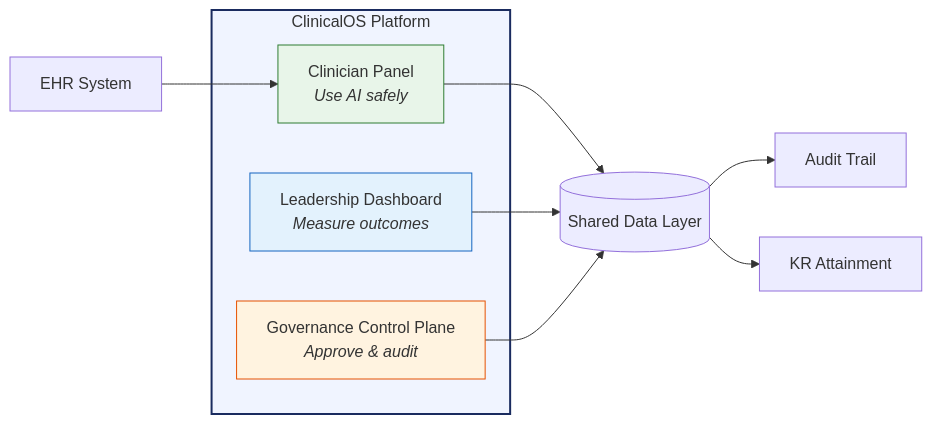
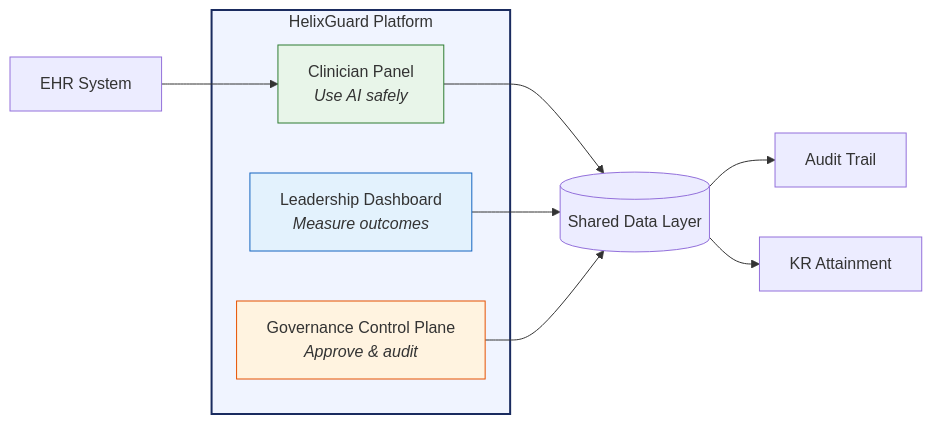
The first of 6 diagrams in README.md (john-carroll-sw/capstone-clinical-os), drawn with Mermaid before and after one commit. The commit also changed other lines of this file and 46 other files, not shown here.

First line of the commit message:
chore: rename project to HelixGuard

````diff
--- a/README.md
+++ b/README.md
@@ -58,20 +58,20 @@
 ```mermaid
 graph LR
-    subgraph ClinicalOS["ClinicalOS Platform"]
+    subgraph HelixGuard["HelixGuard Platform"]
         CP["Clinician Panel<br/><i>Use AI safely</i>"]
         LD["Leadership Dashboard<br/><i>Measure outcomes</i>"]
         GC["Governance Control Plane<br/><i>Approve & audit</i>"]
     end
 
     EHR["EHR System"] --> CP
     CP --> DATA[(Shared Data Layer)]
     LD --> DATA
     GC --> DATA
     DATA --> AUDIT["Audit Trail"]
     DATA --> METRICS["KR Attainment"]
 
-    style ClinicalOS fill:#f0f4ff,stroke:#1a2b5f,stroke-width:2px
+    style HelixGuard fill:#f0f4ff,stroke:#1a2b5f,stroke-width:2px
     style CP fill:#e8f5e9,stroke:#2e7d32
     style LD fill:#e3f2fd,stroke:#1565c0
     style GC fill:#fff3e0,stroke:#e65100
 ```
````
